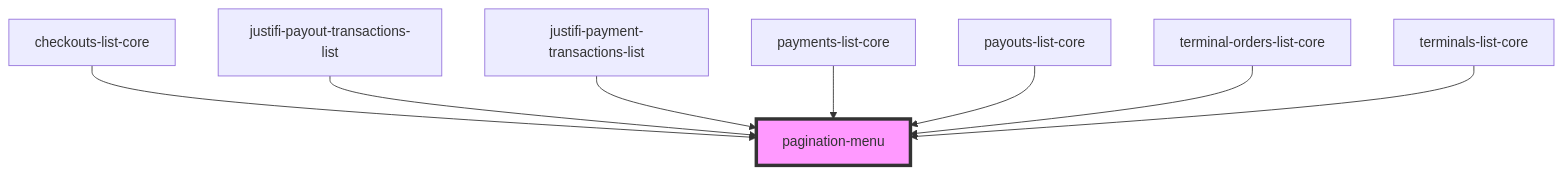
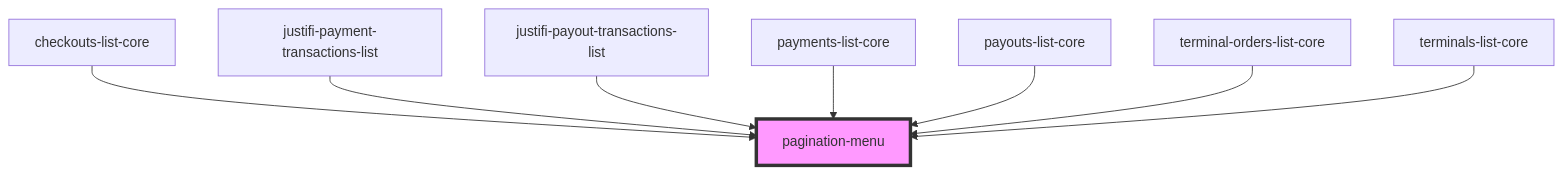
The diagram in packages/webcomponents/src/ui-components/pagination-menu/readme.md (justifi-tech/web-component-library), drawn with Mermaid before and after one commit. The commit also changed other lines of this file and 1 other file, not shown here.

````diff
--- a/packages/webcomponents/src/ui-components/pagination-menu/readme.md
+++ b/packages/webcomponents/src/ui-components/pagination-menu/readme.md
@@ -29,11 +29,11 @@
 ```mermaid
 graph TD;
   checkouts-list-core --> pagination-menu
+  justifi-payment-transactions-list --> pagination-menu
   justifi-payout-transactions-list --> pagination-menu
-  justifi-payment-transactions-list --> pagination-menu
   payments-list-core --> pagination-menu
   payouts-list-core --> pagination-menu
   terminal-orders-list-core --> pagination-menu
   terminals-list-core --> pagination-menu
   style pagination-menu fill:#f9f,stroke:#333,stroke-width:4px
 ```
````
